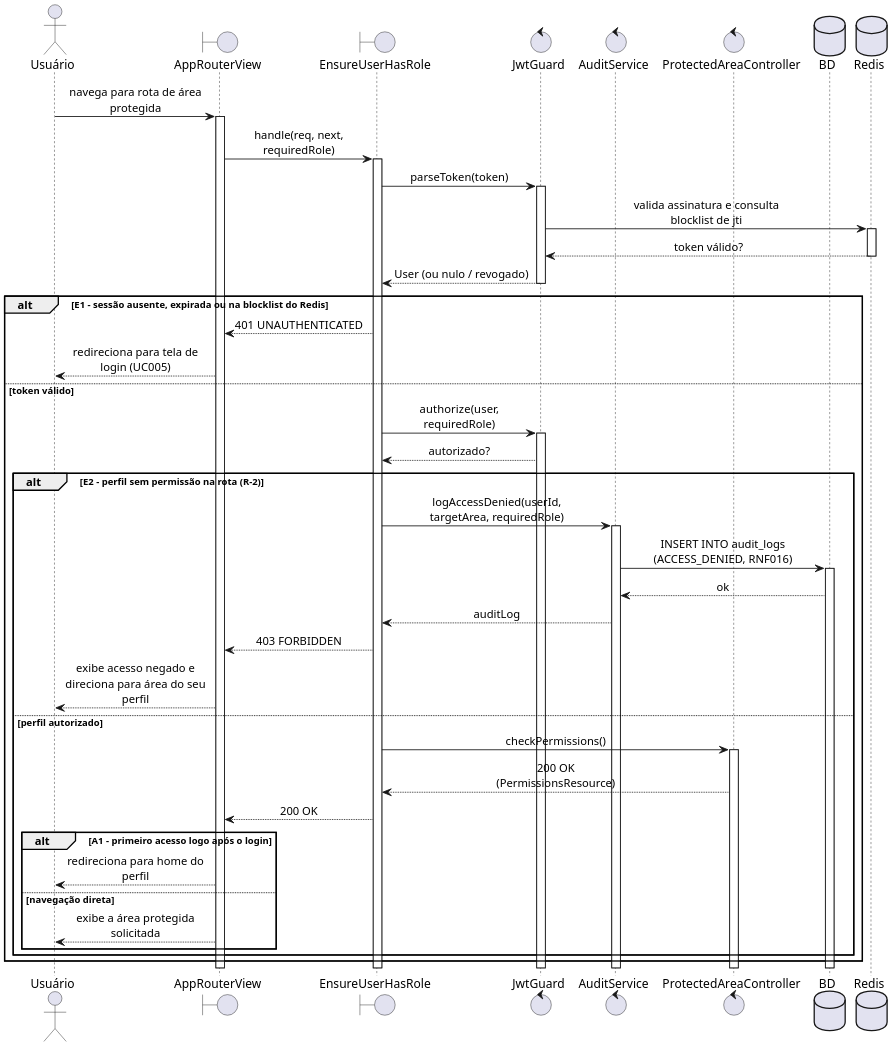
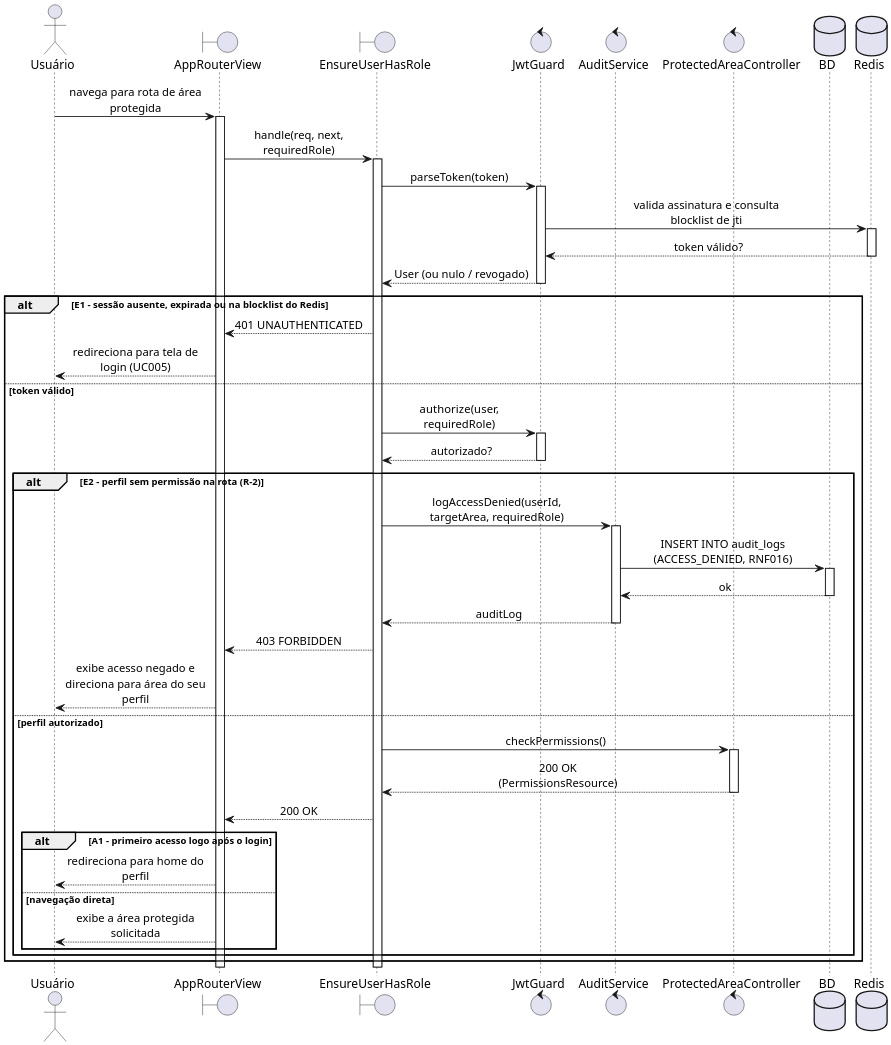
Before and after one commit to Plataforma-de-Cursos-TCC/plataforma-cursos-docs: the diagram in scripts/drawio-seqgen/exemplos/14-sequencia-uc016.puml, drawn with PlantUML. The commit also changed 53 other files, not shown here.

First line of the commit message:
fix(diagrama-de-sequencia): use item 13 methods and alt rule in item 14

```diff
--- a/scripts/drawio-seqgen/exemplos/14-sequencia-uc016.puml
+++ b/scripts/drawio-seqgen/exemplos/14-sequencia-uc016.puml
@@ -3,49 +3,51 @@
 @startuml 14-sequencia-uc016
 skinparam shadowing false
 skinparam dpi 192
 skinparam defaultFontName Arial
 skinparam sequenceMessageAlign center
 skinparam responseMessageBelowArrow true
 skinparam wrapMessageWidth 170
 skinparam BoxPadding 8
 
 actor "Usuário" as USU
 boundary AppRouterView as V
 boundary EnsureUserHasRole as E
 control JwtGuard as J
 control AuditService as A
 control ProtectedAreaController as P
 database BD
 database Redis as RD
 
 USU -> V ++ : navega para rota de área protegida
 V -> E ++ : handle(req, next, requiredRole)
 E -> J ++ : parseToken(token)
 J -> RD ++ : valida assinatura e consulta blocklist de jti
 RD --> J -- : token válido?
 J --> E -- : User (ou nulo / revogado)
 alt E1 - sessão ausente, expirada ou na blocklist do Redis
   E --> V : 401 UNAUTHENTICATED
   V --> USU : redireciona para tela de login (UC005)
 else token válido
   E -> J ++ : authorize(user, requiredRole)
-  J --> E : autorizado?
+  J --> E -- : autorizado?
   alt E2 - perfil sem permissão na rota (R-2)
     E -> A ++ : logAccessDenied(userId, targetArea, requiredRole)
     A -> BD ++ : INSERT INTO audit_logs (ACCESS_DENIED, RNF016)
-    BD --> A : ok
-    A --> E : auditLog
+    BD --> A -- : ok
+    A --> E -- : auditLog
     E --> V : 403 FORBIDDEN
     V --> USU : exibe acesso negado e direciona para área do seu perfil
   else perfil autorizado
     E -> P ++ : checkPermissions()
-    P --> E : 200 OK (PermissionsResource)
+    P --> E -- : 200 OK (PermissionsResource)
     E --> V : 200 OK
     alt A1 - primeiro acesso logo após o login
       V --> USU : redireciona para home do perfil
     else navegação direta
       V --> USU : exibe a área protegida solicitada
     end
   end
 end
+deactivate E
+deactivate V
 @enduml
```
